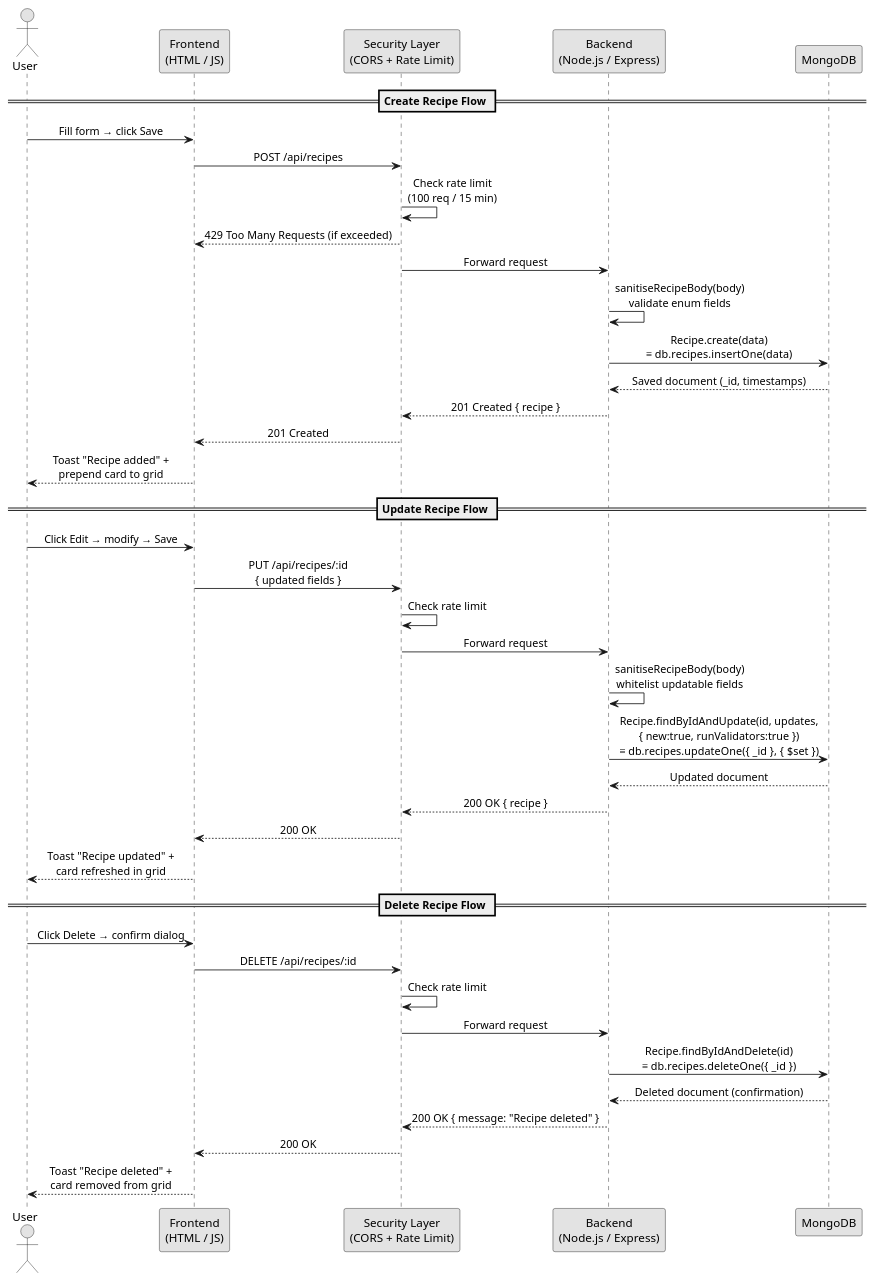
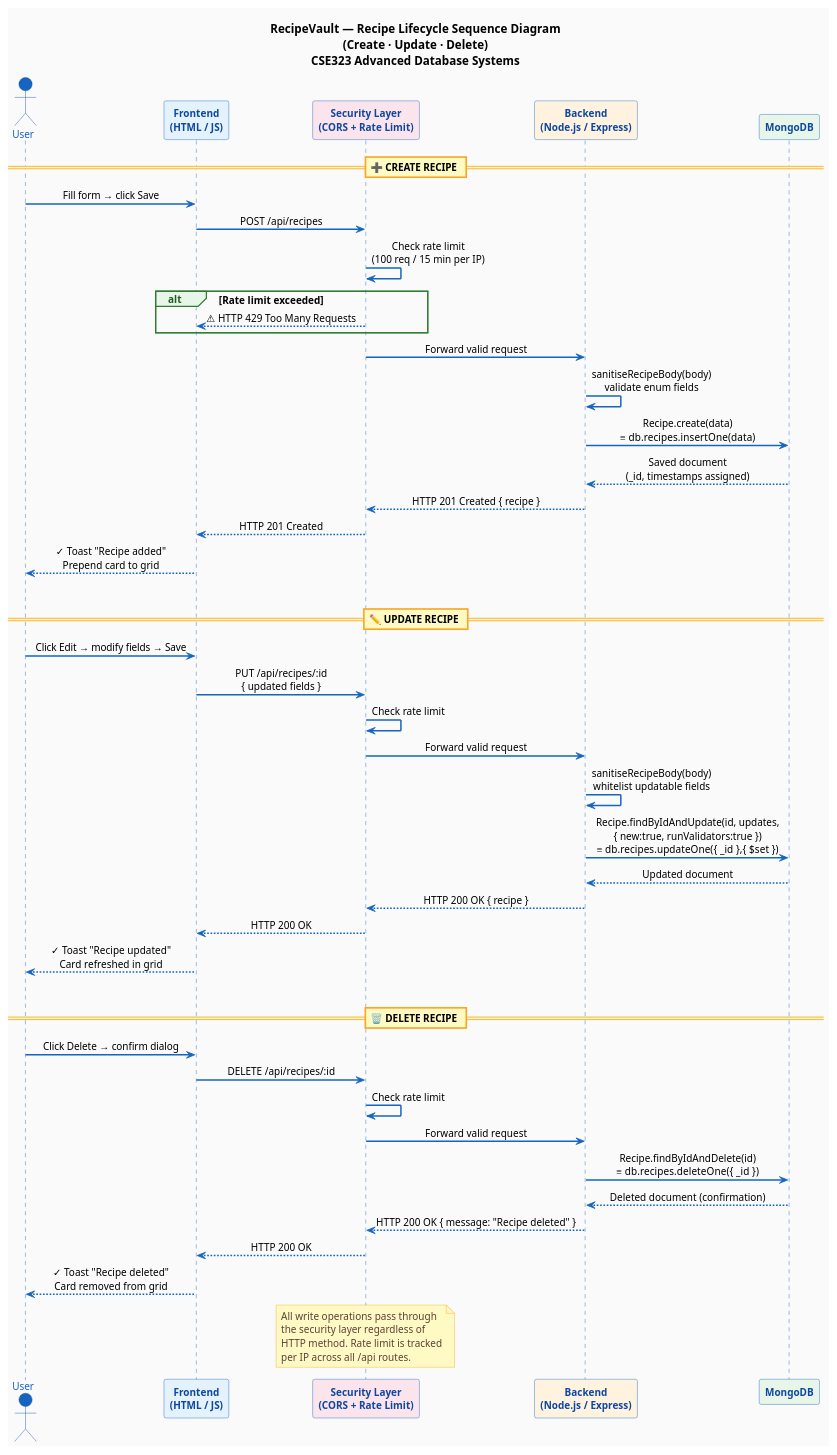
One commit to ArwaMohey/ADB-Project changed the third of 8 diagrams in DOCUMENTATION.md. Above: the diagram before and after it, drawn with PlantUML. The commit also changed other lines of this file and 1 other file, not shown here.

First line of the commit message:
Add PRESENTATION.md, enhance DOCUMENTATION.md, and upgrade all PlantUML diagrams to professional color themes

````diff
--- a/DOCUMENTATION.md
+++ b/DOCUMENTATION.md
@@ -180,52 +299,107 @@
 ```plantuml
 @startuml RecipeVault_Sequence_Lifecycle
-skinparam monochrome true
+
+title RecipeVault — Recipe Lifecycle Sequence Diagram\n(Create · Update · Delete)\nCSE323 Advanced Database Systems
+
+skinparam backgroundColor #FAFAFA
+skinparam defaultFontName Arial
+skinparam defaultFontSize 12
 skinparam sequenceMessageAlign center
 
-actor User
-participant "Frontend\n(HTML / JS)"      as FE
-participant "Security Layer\n(CORS + Rate Limit)" as SEC
-participant "Backend\n(Node.js / Express)" as BE
-participant MongoDB                       as DB
+skinparam participant {
+  BackgroundColor #E3F2FD
+  BorderColor     #1565C0
+  FontColor       #0D47A1
+  FontStyle       bold
+}
 
-== Create Recipe Flow ==
+skinparam actor {
+  BackgroundColor #1565C0
+  BorderColor     #0D47A1
+  FontColor       #1565C0
+}
+
+skinparam sequence {
+  ArrowColor              #1565C0
+  ArrowThickness          1.8
+  LifeLineBorderColor     #1565C0
+  LifeLineBackgroundColor #E3F2FD
+  GroupBackgroundColor    #E8F5E9
+  GroupBorderColor        #2E7D32
+  GroupHeaderFontColor    #1B5E20
+  GroupFontStyle          bold
+  DividerBackgroundColor  #FFF9C4
+  DividerBorderColor      #F9A825
+}
+
+skinparam note {
+  BackgroundColor #FFF9C4
+  BorderColor     #F9A825
+  FontColor       #5D4037
+}
+
+actor       "User"                               as User
+participant "Frontend\n(HTML / JS)"              as FE  #E3F2FD
+participant "Security Layer\n(CORS + Rate Limit)" as SEC #FCE4EC
+participant "Backend\n(Node.js / Express)"       as BE  #FFF3E0
+participant "MongoDB"                            as DB  #E8F5E9
+
+== ➕  CREATE RECIPE ==
 
 User -> FE  : Fill form → click Save
 FE   -> SEC : POST /api/recipes
-SEC  -> SEC : Check rate limit\n(100 req / 15 min)
-SEC  --> FE : 429 Too Many Requests (if exceeded)
-SEC  -> BE  : Forward request
+SEC  -> SEC : Check rate limit\n(100 req / 15 min per IP)
+
+alt Rate limit exceeded
+  SEC --> FE : ⚠ HTTP 429 Too Many Requests
+end
+
+SEC  -> BE  : Forward valid request
 BE   -> BE  : sanitiseRecipeBody(body)\nvalidate enum fields
+
 BE   -> DB  : Recipe.create(data)\n≡ db.recipes.insertOne(data)
-DB   --> BE : Saved document (_id, timestamps)
-BE   --> SEC: 201 Created { recipe }
-SEC  --> FE : 201 Created
-FE   --> User : Toast "Recipe added" +\nprepend card to grid
+DB  --> BE  : Saved document\n(_id, timestamps assigned)
+BE  --> SEC : HTTP 201 Created { recipe }
+SEC --> FE  : HTTP 201 Created
+FE  --> User : ✓ Toast "Recipe added"\nPrepend card to grid
 
-== Update Recipe Flow ==
+|||
 
-User -> FE  : Click Edit → modify → Save
+== ✏️  UPDATE RECIPE ==
+
+User -> FE  : Click Edit → modify fields → Save
 FE   -> SEC : PUT /api/recipes/:id\n{ updated fields }
 SEC  -> SEC : Check rate limit
-SEC  -> BE  : Forward request
+SEC  -> BE  : Forward valid request
 BE   -> BE  : sanitiseRecipeBody(body)\nwhitelist updatable fields
-BE   -> DB  : Recipe.findByIdAndUpdate(id, updates,\n{ new:true, runValidators:true })\n≡ db.recipes.updateOne({ _id }, { $set })
-DB   --> BE : Updated document
-BE   --> SEC: 200 OK { recipe }
-SEC  --> FE : 200 OK
-FE   --> User : Toast "Recipe updated" +\ncard refreshed in grid
 
-== Delete Recipe Flow ==
+BE   -> DB  : Recipe.findByIdAndUpdate(id, updates,\n{ new:true, runValidators:true })\n≡ db.recipes.updateOne({ _id },{ $set })
+DB  --> BE  : Updated document
+BE  --> SEC : HTTP 200 OK { recipe }
+SEC --> FE  : HTTP 200 OK
+FE  --> User : ✓ Toast "Recipe updated"\nCard refreshed in grid
+
+|||
+
+== 🗑️  DELETE RECIPE ==
 
 User -> FE  : Click Delete → confirm dialog
 FE   -> SEC : DELETE /api/recipes/:id
 SEC  -> SEC : Check rate limit
-SEC  -> BE  : Forward request
+SEC  -> BE  : Forward valid request
+
 BE   -> DB  : Recipe.findByIdAndDelete(id)\n≡ db.recipes.deleteOne({ _id })
-DB   --> BE : Deleted document (confirmation)
-BE   --> SEC: 200 OK { message: "Recipe deleted" }
-SEC  --> FE : 200 OK
-FE   --> User : Toast "Recipe deleted" +\ncard removed from grid
+DB  --> BE  : Deleted document (confirmation)
+BE  --> SEC : HTTP 200 OK { message: "Recipe deleted" }
+SEC --> FE  : HTTP 200 OK
+FE  --> User : ✓ Toast "Recipe deleted"\nCard removed from grid
+
+note over SEC
+  All write operations pass through
+  the security layer regardless of
+  HTTP method. Rate limit is tracked
+  per IP across all /api routes.
+end note
 
 @enduml
 ```
````
